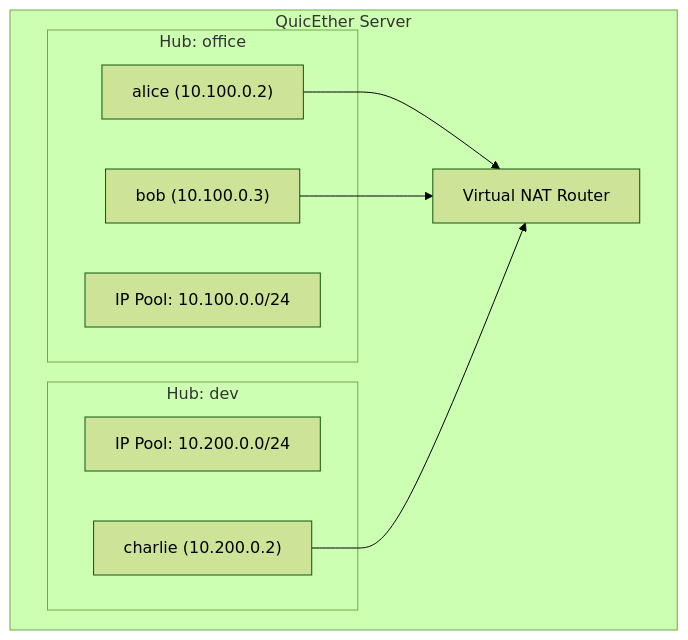
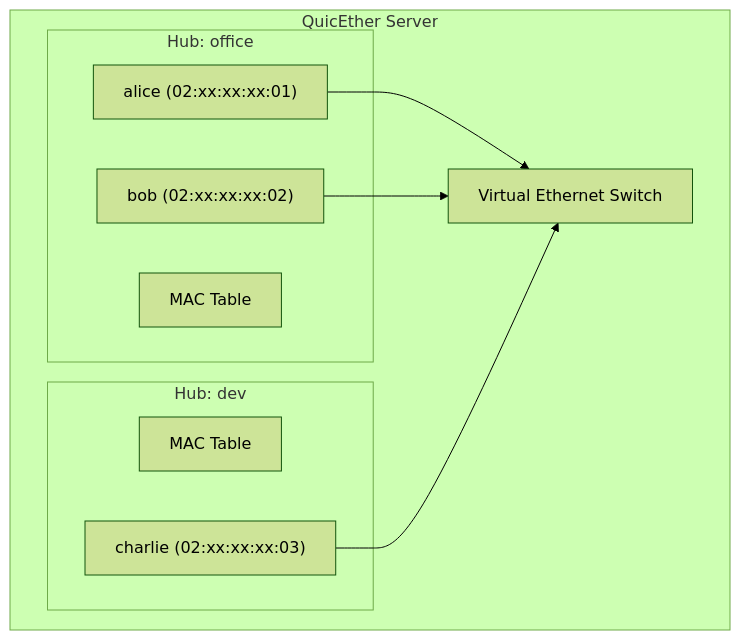
The second of 2 diagrams in 05-architecture.md (quicether/book), drawn with Mermaid (forest theme) before and after one commit. The commit also changed other lines of this file and 18 other files, not shown here.

First line of the commit message:
Refactor QuicEther to support Layer 2 (TAP) architecture with Local Bridge functionality

````diff
--- a/05-architecture.md
+++ b/05-architecture.md
@@ -99,19 +99,19 @@
 ```mermaid
 graph TD
     subgraph Server["QuicEther Server"]
         subgraph Hub1["Hub: office"]
-            POOL1["IP Pool: 10.100.0.0/24"]
-            C1["alice (10.100.0.2)"]
-            C2["bob (10.100.0.3)"]
+            MAC1["MAC Table"]
+            C1["alice (02:xx:xx:xx:01)"]
+            C2["bob (02:xx:xx:xx:02)"]
         end
         subgraph Hub2["Hub: dev"]
-            POOL2["IP Pool: 10.200.0.0/24"]
-            C3["charlie (10.200.0.2)"]
+            MAC2["MAC Table"]
+            C3["charlie (02:xx:xx:xx:03)"]
         end
-        VNAT["Virtual NAT Router"]
+        VSWITCH["Virtual Ethernet Switch"]
     end
 
-    C1 --> VNAT
-    C2 --> VNAT
-    C3 --> VNAT
+    C1 --> VSWITCH
+    C2 --> VSWITCH
+    C3 --> VSWITCH
 ```
````
